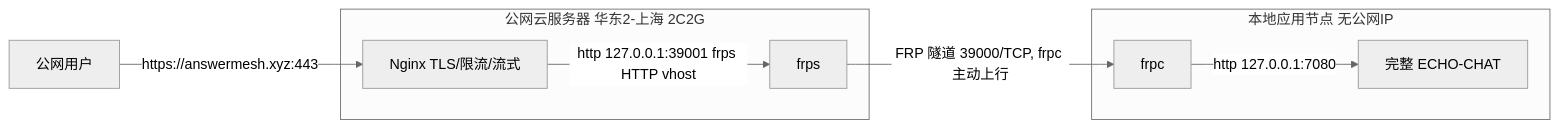
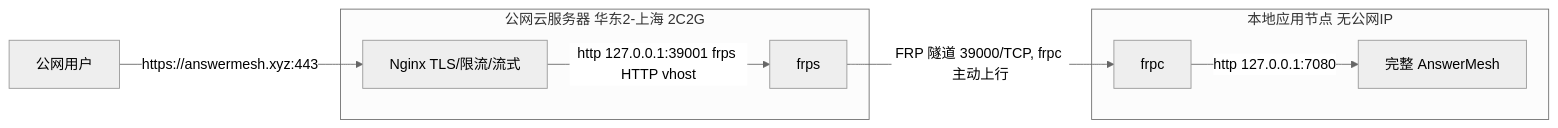
Before and after one commit to robotlover-1/ECHO-CHAT: the first of 6 diagrams in docs/echo-chat-frp-nat-traversal.md, drawn with Mermaid (neutral theme). The commit also changed other lines of this file and 53 other files, not shown here.

First line of the commit message:
refactor: 项目更名 ECHO-CHAT → AnswerMesh（含功能标识符）

````diff
--- a/docs/echo-chat-frp-nat-traversal.md
+++ b/docs/echo-chat-frp-nat-traversal.md
@@ -21,15 +21,15 @@
 ```mermaid
 flowchart LR
     U[公网用户] -->|"https://answermesh.xyz:443"| NG["Nginx TLS/限流/流式"]
     NG -->|"http 127.0.0.1:39001 frps HTTP vhost"| FRPS[frps]
     FRPS -->|"FRP 隧道 39000/TCP, frpc 主动上行"| FRPC[frpc]
-    FRPC -->|"http 127.0.0.1:7080"| E["完整 ECHO-CHAT"]
+    FRPC -->|"http 127.0.0.1:7080"| E["完整 AnswerMesh"]
     subgraph cloud["公网云服务器 华东2-上海 2C2G"]
         NG
         FRPS
     end
     subgraph loc["本地应用节点 无公网IP"]
         FRPC
         E
     end
 ```
````
